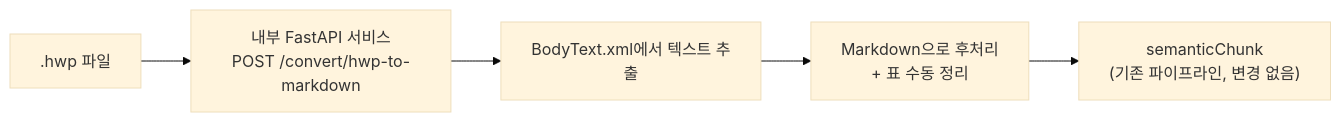
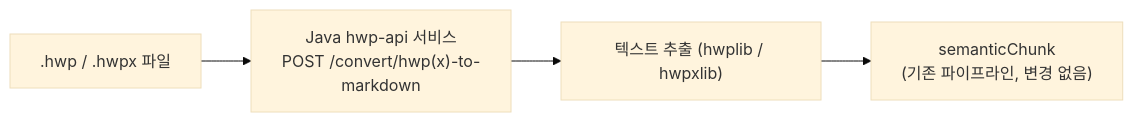
The fourth of 4 diagrams in docs/requirements/khba-rag-document-requirements_ko.md (johnrey-wsoft/khba-assistant), drawn with Mermaid (base theme) before and after one commit. The commit also changed other lines of this file and 3 other files, not shown here.

First line of the commit message:
docs: reflect the Java hwp-api toolchain (supersede pyhwp)

````diff
--- a/docs/requirements/khba-rag-document-requirements_ko.md
+++ b/docs/requirements/khba-rag-document-requirements_ko.md
@@ -185,7 +195,6 @@
 ```mermaid
 flowchart LR
-    HWP[.hwp 파일] --> API["내부 FastAPI 서비스<br/>POST /convert/hwp-to-markdown"]
-    API --> OUT["BodyText.xml에서 텍스트 추출"]
-    OUT --> POST["Markdown으로 후처리<br/>+ 표 수동 정리"]
-    POST --> CHUNK["semanticChunk<br/>(기존 파이프라인, 변경 없음)"]
+    HWP[".hwp / .hwpx 파일"] --> API["Java hwp-api 서비스<br/>POST /convert/hwp(x)-to-markdown"]
+    API --> OUT["텍스트 추출 (hwplib / hwpxlib)"]
+    OUT --> CHUNK["semanticChunk<br/>(기존 파이프라인, 변경 없음)"]
 ```
````
